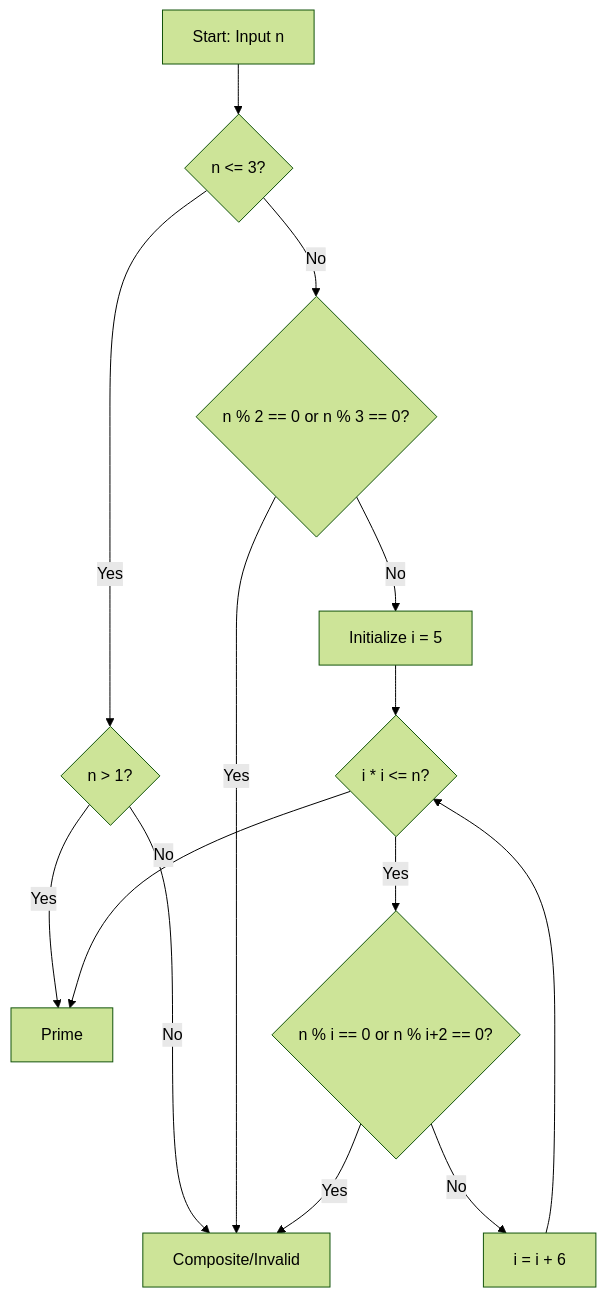
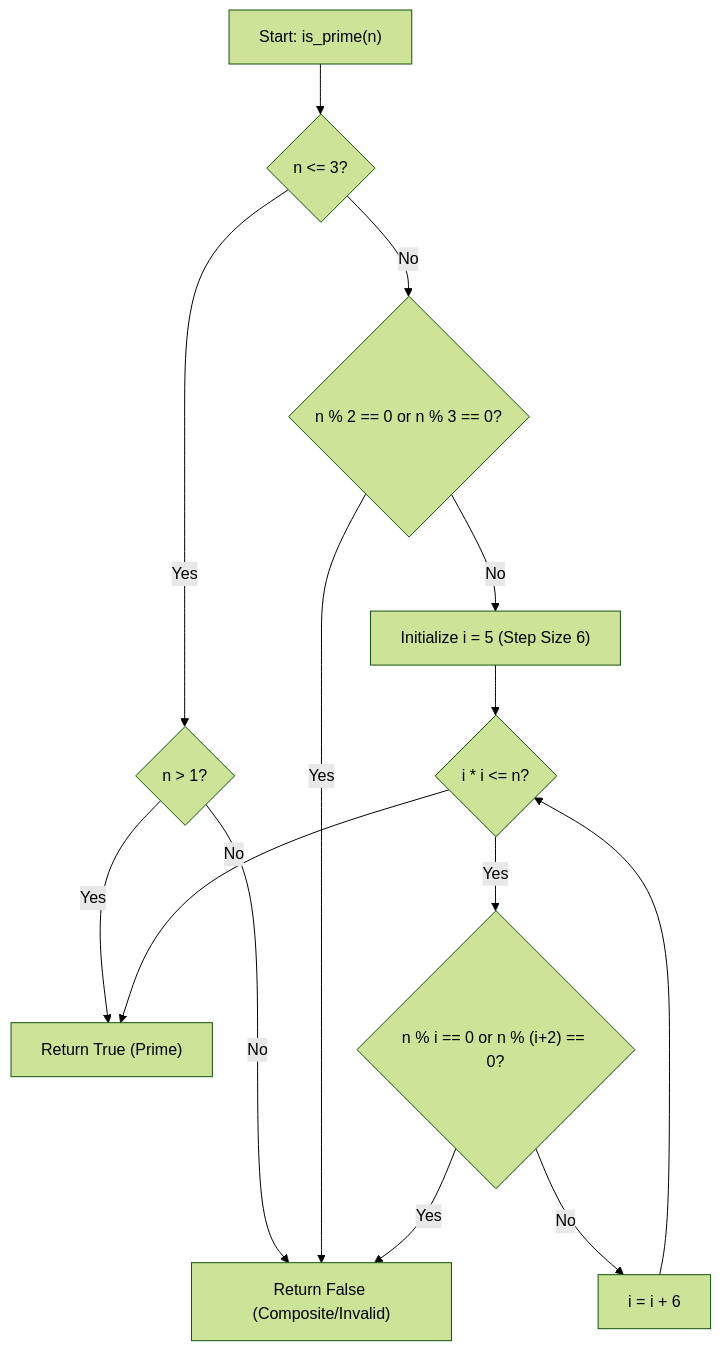
Before and after one commit to Amey-Thakur/PYTHON-SHORTS: the first of 2 diagrams in Source Code/Prime Number/README.md, drawn with Mermaid (forest theme). The commit also changed other lines of this file and 1 other file, not shown here.

Commit message:
Python Shorts

````diff
--- a/Source Code/Prime Number/README.md
+++ b/Source Code/Prime Number/README.md
@@ -47,16 +50,16 @@
 ```mermaid
-graph TD
-    A[Start: Input n] --> B{n <= 3?}
-    B -- Yes --> C{n > 1?}
-    C -- Yes --> D[Prime]
-    C -- No --> E[Composite/Invalid]
-    B -- No --> F{n % 2 == 0 or n % 3 == 0?}
-    F -- Yes --> E
-    F -- No --> G[Initialize i = 5]
-    G --> H{i * i <= n?}
-    H -- Yes --> I{n % i == 0 or n % i+2 == 0?}
-    I -- Yes --> E
-    I -- No --> J[i = i + 6]
+flowchart TD
+    A["Start: is_prime(n)"] --> B{"n <= 3?"}
+    B -- "Yes" --> C{"n > 1?"}
+    C -- "Yes" --> D["Return True (Prime)"]
+    C -- "No" --> E["Return False (Composite/Invalid)"]
+    B -- "No" --> F{"n % 2 == 0 or n % 3 == 0?"}
+    F -- "Yes" --> E
+    F -- "No" --> G["Initialize i = 5 (Step Size 6)"]
+    G --> H{"i * i <= n?"}
+    H -- "Yes" --> I{"n % i == 0 or n % (i+2) == 0?"}
+    I -- "Yes" --> E
+    I -- "No" --> J["i = i + 6"]
     J --> H
-    H -- No --> D
+    H -- "No" --> D
 ```
````
